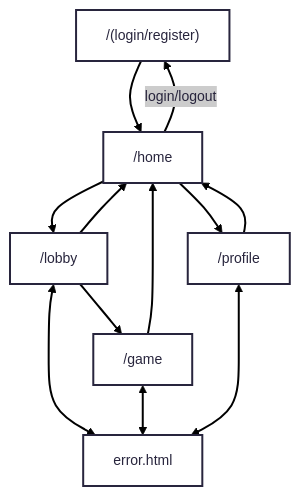
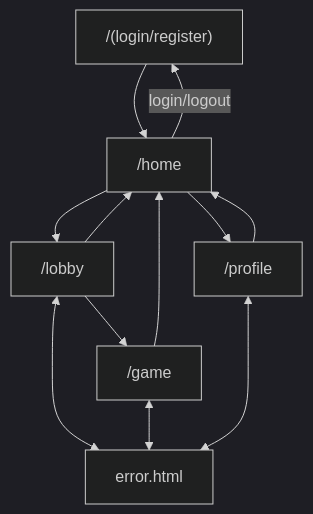
The second of 2 diagrams in design.md (SadgeCat/CopyrightedArtist), drawn with Mermaid before and after one commit. The commit also changed other lines of this file, not shown here.

Commit message:
add diagram kinda

````diff
--- a/design.md
+++ b/design.md
@@ -159,16 +159,16 @@
 ```mermaid
 ---
 config:
-  theme: redux
+  theme: dark
 ---
 flowchart TB
     A["/(login/register)"] --> B["/home"]
     B --> C["/lobby"] & E["/profile"]
     C --> B & D["/game"]
     D --> B
     E --> B
     C <--> F["error.html"]
     D <--> F
     E <--> F
     B -- login/logout --> A
 ```
````
